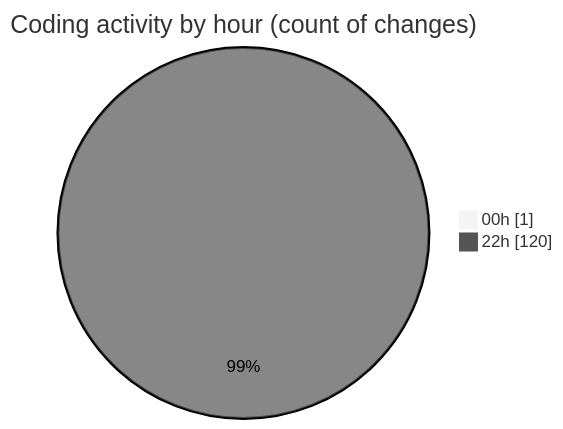
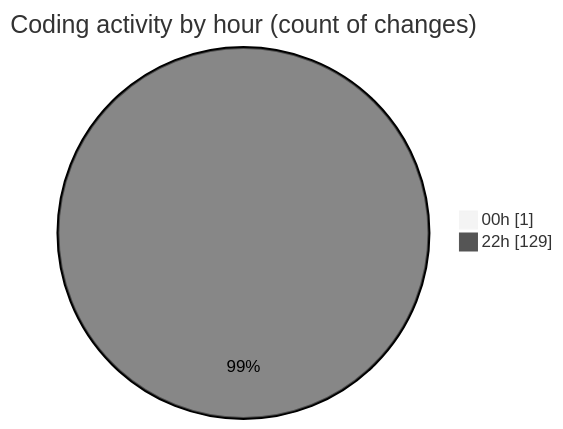
Before and after one commit to Ritupan-Deka/code-tracking: the second of 2 diagrams in 2025-08-04/javascript/README.md, drawn with Mermaid (neutral theme). The commit also changed other lines of this file and 1 other file, not shown here.

````diff
--- a/2025-08-04/javascript/README.md
+++ b/2025-08-04/javascript/README.md
@@ -28,6 +28,6 @@
 ```mermaid
 pie showData
 title Coding activity by hour (count of changes)
 "00h" : 1
-"22h" : 120
+"22h" : 129
 ```
````
